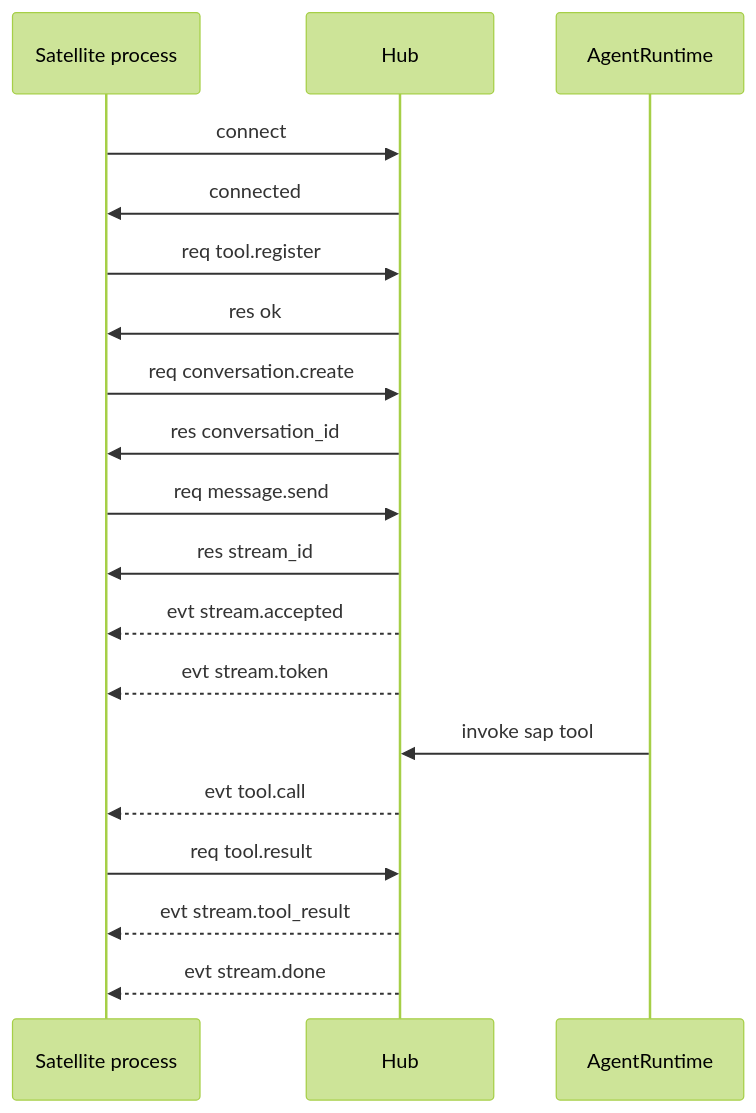
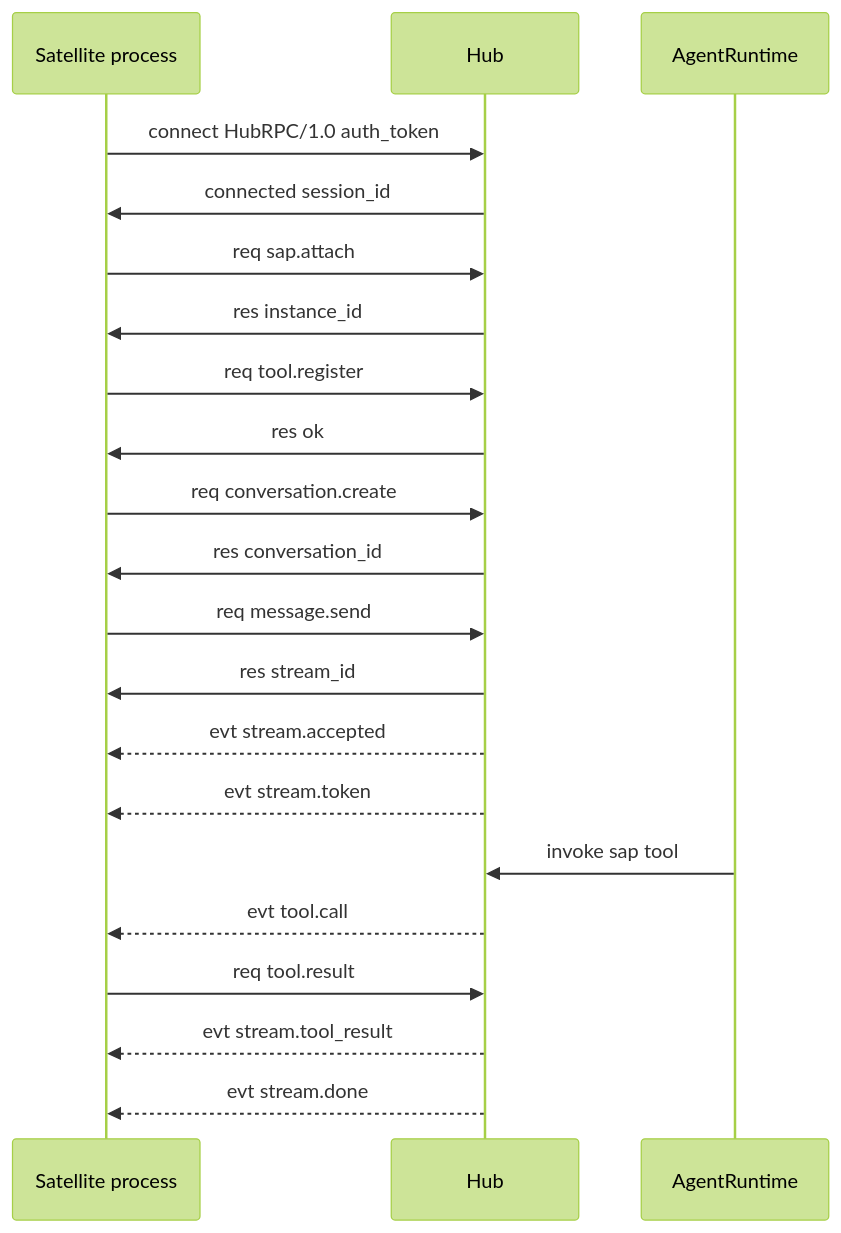
Before and after one commit to freeanima-org/freeanima: the second of 2 diagrams in docs/sap/overview.md, drawn with Mermaid (forest theme). The commit also changed other lines of this file and 109 other files, not shown here.

First line of the commit message:
feat(hub-rpc): 引入 Hub RPC 传输层并移除 connectionKind

````diff
--- a/docs/sap/overview.md
+++ b/docs/sap/overview.md
@@ -40,22 +40,24 @@
 ```mermaid
 sequenceDiagram
   participant Sat as Satellite process
   participant Hub as Hub
   participant Agent as AgentRuntime
 
-  Sat->>Hub: connect
-  Hub->>Sat: connected
+  Sat->>Hub: connect HubRPC/1.0 auth_token
+  Hub->>Sat: connected session_id
+  Sat->>Hub: req sap.attach
+  Hub->>Sat: res instance_id
   Sat->>Hub: req tool.register
   Hub->>Sat: res ok
   Sat->>Hub: req conversation.create
   Hub->>Sat: res conversation_id
   Sat->>Hub: req message.send
   Hub->>Sat: res stream_id
   Hub-->>Sat: evt stream.accepted
   Hub-->>Sat: evt stream.token
   Agent->>Hub: invoke sap tool
   Hub-->>Sat: evt tool.call
   Sat->>Hub: req tool.result
   Hub-->>Sat: evt stream.tool_result
   Hub-->>Sat: evt stream.done
 ```
````
